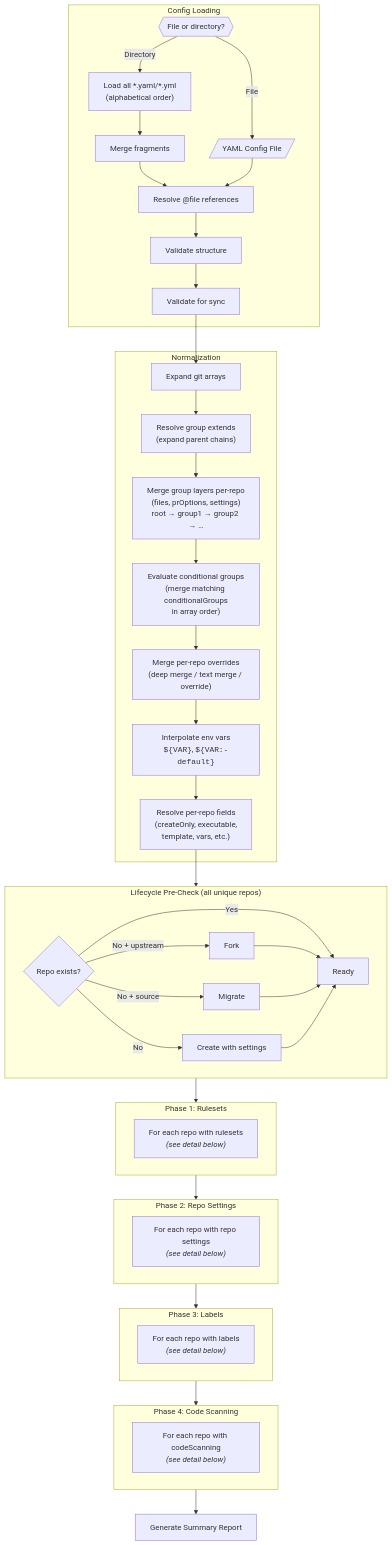
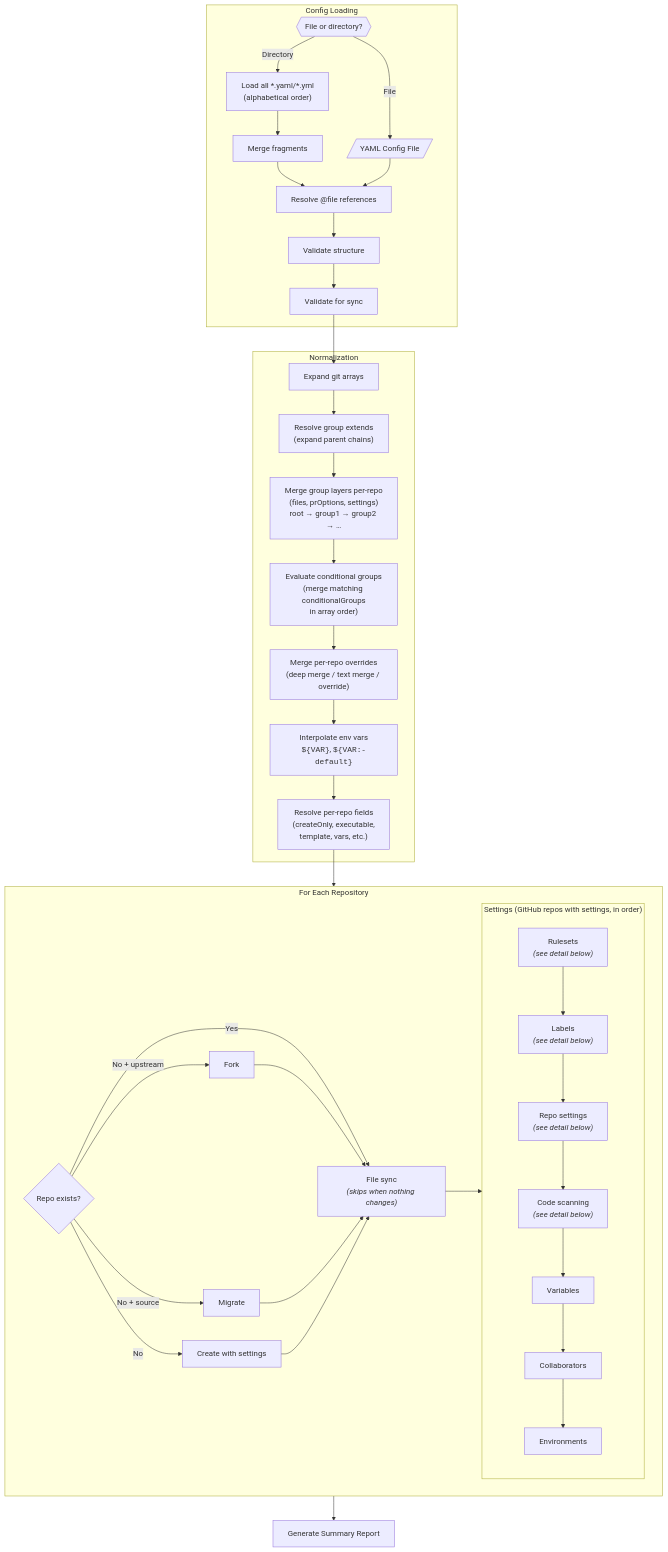
Before and after one commit to anthony-spruyt/xfg: the third of 7 diagrams in docs/index.md, drawn with Mermaid. The commit also changed other lines of this file and 52 other files, not shown here.

````diff
--- a/docs/index.md
+++ b/docs/index.md
@@ -311,54 +333,47 @@
 ```mermaid
 flowchart TB
     subgraph Loading["Config Loading"]
         INPUT{{"File or directory?"}} -->|File| YAML[/"YAML Config File"/]
         INPUT -->|Directory| DIR["Load all *.yaml/*.yml<br/>(alphabetical order)"]
         DIR --> MERGE_CFG["Merge fragments"]
         MERGE_CFG --> REFS["Resolve @file references"]
         YAML --> REFS
         REFS --> VALIDATE["Validate structure"]
         VALIDATE --> VALIDATE_CMD["Validate for sync"]
     end
 
     subgraph Normalization
         EXPAND["Expand git arrays"] --> EXTENDS_S["Resolve group extends<br/>(expand parent chains)"]
         EXTENDS_S --> GROUPS_S["Merge group layers per-repo<br/>(files, prOptions, settings)<br/>root → group1 → group2 → …"]
         GROUPS_S --> COND_S["Evaluate conditional groups<br/>(merge matching conditionalGroups<br/>in array order)"]
         COND_S --> MERGE_S["Merge per-repo overrides<br/>(deep merge / text merge / override)"]
         MERGE_S --> ENV_S["Interpolate env vars<br/><code>${VAR}</code>, <code>${VAR:-default}</code>"]
         ENV_S --> OPTS_S["Resolve per-repo fields<br/>(createOnly, executable,<br/>template, vars, etc.)"]
     end
 
-    subgraph Lifecycle["Lifecycle Pre-Check (all unique repos)"]
-        EXIST{"Repo exists?"} -->|Yes| READY["Ready"]
-        EXIST -->|"No + upstream"| FORK["Fork"] --> READY
-        EXIST -->|"No + source"| MIGRATE["Migrate"] --> READY
-        EXIST -->|No| CREATE["Create with settings"] --> READY
-    end
+    subgraph ForEach["For Each Repository"]
+        EXIST{"Repo exists?"} -->|Yes| FILES
+        EXIST -->|"No + upstream"| FORK["Fork"] --> FILES
+        EXIST -->|"No + source"| MIGRATE["Migrate"] --> FILES
+        EXIST -->|No| CREATE["Create with settings"] --> FILES
+        FILES["File sync<br/><i>(skips when nothing changes)</i>"]
 
-    subgraph Phase1["Phase 1: Rulesets"]
-        RS["For each repo with rulesets<br/><i>(see detail below)</i>"]
-    end
+        subgraph Settings["Settings (GitHub repos with settings, in order)"]
+            direction TB
+            RS["Rulesets<br/><i>(see detail below)</i>"] --> LBL["Labels<br/><i>(see detail below)</i>"]
+            LBL --> REPO["Repo settings<br/><i>(see detail below)</i>"]
+            REPO --> CS["Code scanning<br/><i>(see detail below)</i>"]
+            CS --> VAR["Variables"]
+            VAR --> COLLAB["Collaborators"]
+            COLLAB --> ENVS["Environments"]
+        end
 
-    subgraph Phase2["Phase 2: Repo Settings"]
-        REPO["For each repo with repo settings<br/><i>(see detail below)</i>"]
-    end
-
-    subgraph Phase3["Phase 3: Labels"]
-        LBL["For each repo with labels<br/><i>(see detail below)</i>"]
-    end
-
-    subgraph Phase4["Phase 4: Code Scanning"]
-        CS["For each repo with codeScanning<br/><i>(see detail below)</i>"]
+        FILES --> RS
     end
 
     REPORT["Generate Summary Report"]
 
     VALIDATE_CMD --> EXPAND
-    OPTS_S --> Lifecycle
-    Lifecycle --> Phase1
-    Phase1 --> Phase2
-    Phase2 --> Phase3
-    Phase3 --> Phase4
-    Phase4 --> REPORT
+    OPTS_S --> ForEach
+    ForEach --> REPORT
 ```
````
